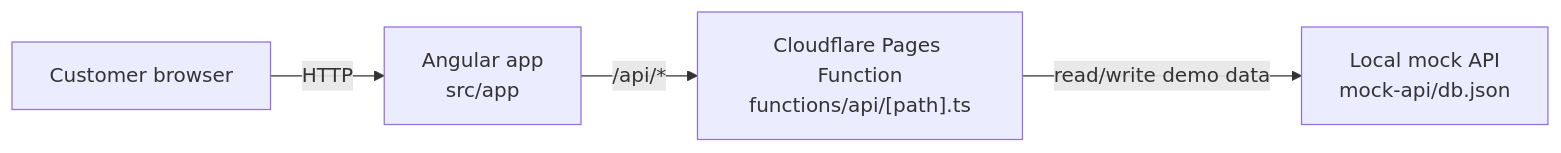
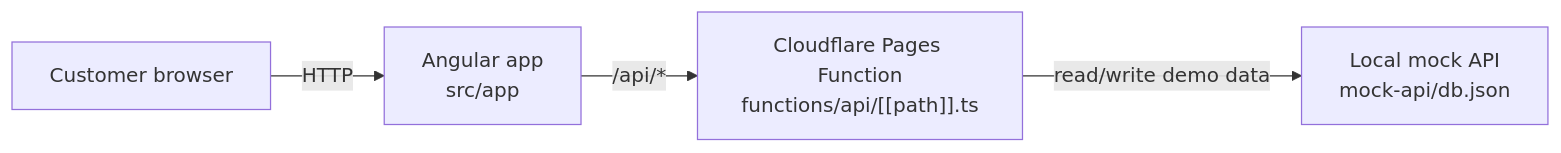
One commit to delitamakanda/angular-qrcode-restaurant changed the diagram in README.md. Above: the diagram before and after it, drawn with Mermaid.

Commit message:
fix(docs): repair mermaid architecture diagram in README
Replace the malformed `#91;path&#93.ts` label with the Mermaid entities
`#91;#91;path#93;#93;` so the node shows `functions/api/[[path]].ts`.

Refs #191

````diff
--- a/README.md
+++ b/README.md
@@ -41,11 +41,11 @@
 ```mermaid
 flowchart LR
     B[Customer browser]
     A[Angular app<br/>src/app]
-    P[Cloudflare Pages Function<br/>functions/api/#91;path&#93.ts]
+    P[Cloudflare Pages Function<br/>functions/api/#91;#91;path#93;#93;.ts]
     M[Local mock API<br/>mock-api/db.json]
 
     B -->|HTTP| A
     A -->|/api/*| P
     P -->|read/write demo data| M
 ```
````
